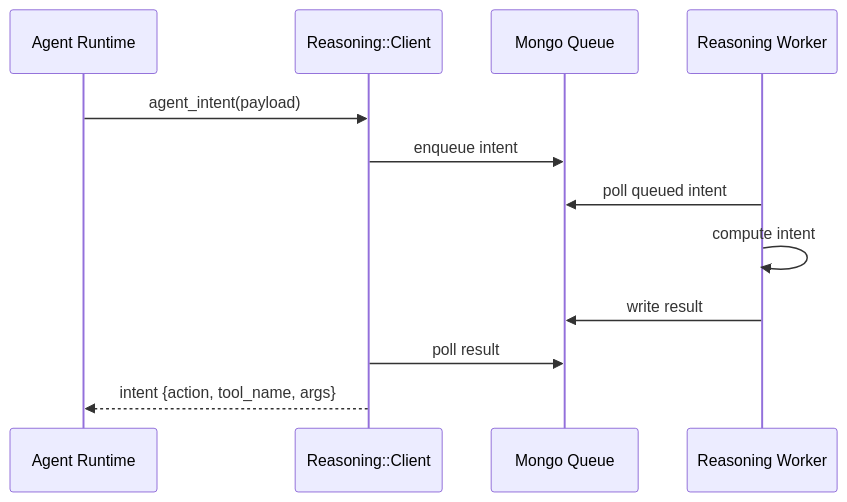
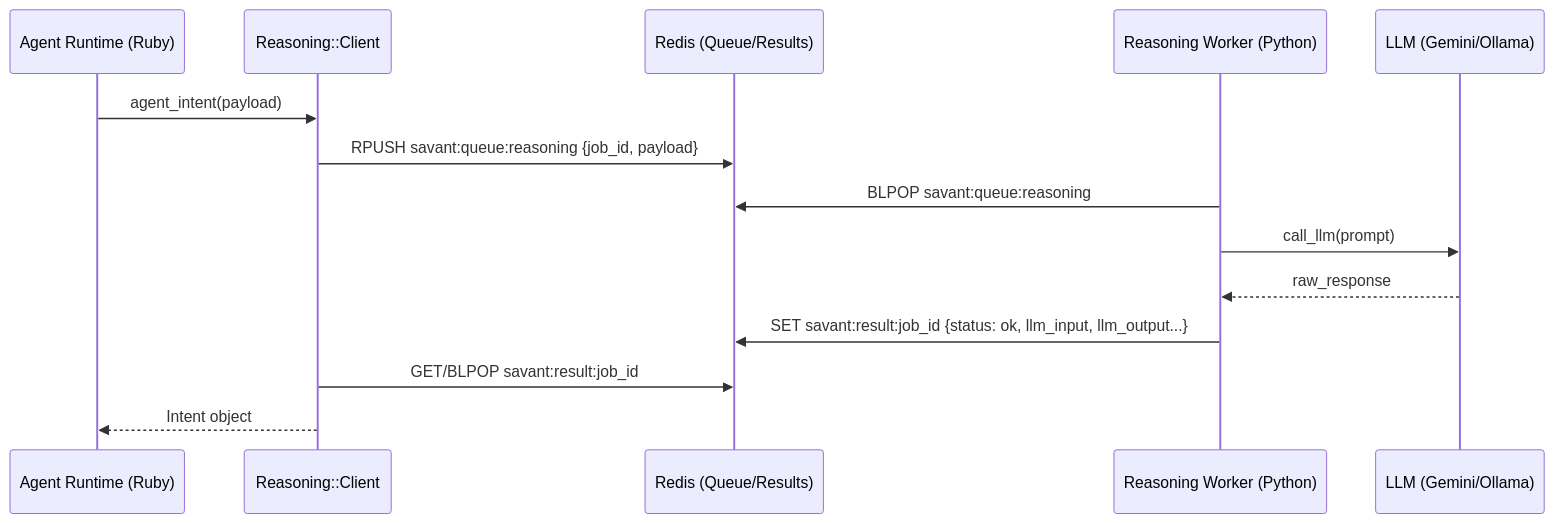
One commit to ashabbir/savant changed the first of 2 diagrams in memory_bank/reasoning_worker.md. Above: the diagram before and after it, drawn with Mermaid. The commit also changed other lines of this file and 39 other files, not shown here.

````diff
--- a/memory_bank/reasoning_worker.md
+++ b/memory_bank/reasoning_worker.md
@@ -21,15 +26,17 @@
 ```mermaid
 sequenceDiagram
-  participant RT as Agent Runtime
+  participant RT as Agent Runtime (Ruby)
   participant RC as Reasoning::Client
-  participant MQ as Mongo Queue
-  participant QW as Reasoning Worker
+  participant RD as Redis (Queue/Results)
+  participant QW as Reasoning Worker (Python)
+  participant LLM as LLM (Gemini/Ollama)
 
   RT->>RC: agent_intent(payload)
-  RC->>MQ: enqueue intent
-  QW->>MQ: poll queued intent
-  QW->>QW: compute intent
-  QW->>MQ: write result
-  RC->>MQ: poll result
-  RC-->>RT: intent {action, tool_name, args}
+  RC->>RD: RPUSH savant:queue:reasoning {job_id, payload}
+  QW->>RD: BLPOP savant:queue:reasoning
+  QW->>LLM: call_llm(prompt)
+  LLM-->>QW: raw_response
+  QW->>RD: SET savant:result:job_id {status: ok, llm_input, llm_output...}
+  RC->>RD: GET/BLPOP savant:result:job_id
+  RC-->>RT: Intent object
 ```
````
